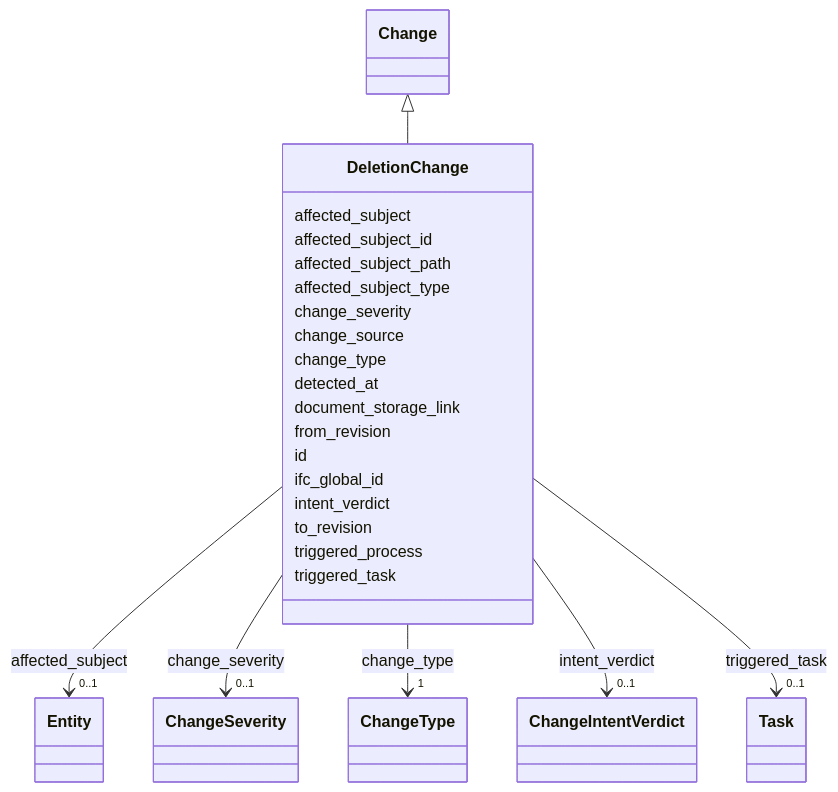
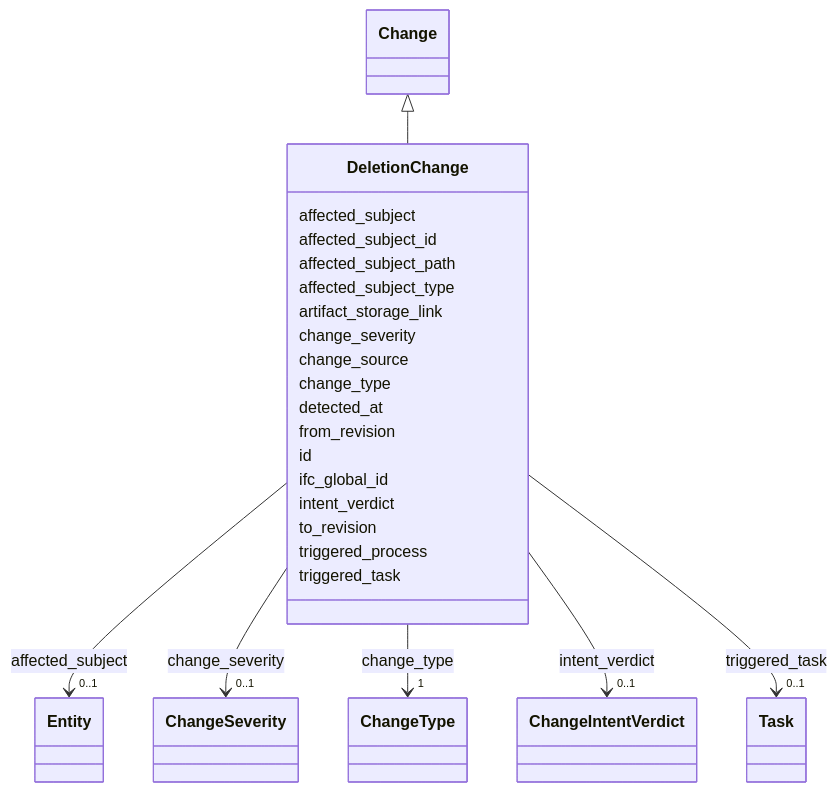
The diagram in site/schema/DeletionChange.md (simondilhas/pragmatic-bim-data-contract), drawn with Mermaid before and after one commit. The commit also changed other lines of this file and 510 other files, not shown here.

First line of the commit message:
Update mkdocs configuration, schema files, and documentation for improved clarity and consistency

````diff
--- a/site/schema/DeletionChange.md
+++ b/site/schema/DeletionChange.md
@@ -23,33 +23,33 @@
 ```mermaid
  classDiagram
     class DeletionChange
     click DeletionChange href "./DeletionChange.html"
       Change <|-- DeletionChange
         click Change href "./Change.html"
       DeletionChange : affected_subject
         DeletionChange --> "0..1" Entity : affected_subject
         click Entity href "./Entity.html"
       DeletionChange : affected_subject_id
       DeletionChange : affected_subject_path
       DeletionChange : affected_subject_type
+      DeletionChange : artifact_storage_link
       DeletionChange : change_severity
         DeletionChange --> "0..1" ChangeSeverity : change_severity
         click ChangeSeverity href "./ChangeSeverity.html"
       DeletionChange : change_source
       DeletionChange : change_type
         DeletionChange --> "1" ChangeType : change_type
         click ChangeType href "./ChangeType.html"
       DeletionChange : detected_at
-      DeletionChange : document_storage_link
       DeletionChange : from_revision
       DeletionChange : id
       DeletionChange : ifc_global_id
       DeletionChange : intent_verdict
         DeletionChange --> "0..1" ChangeIntentVerdict : intent_verdict
         click ChangeIntentVerdict href "./ChangeIntentVerdict.html"
       DeletionChange : to_revision
       DeletionChange : triggered_process
       DeletionChange : triggered_task
         DeletionChange --> "0..1" Task : triggered_task
         click Task href "./Task.html"
 ```
````
